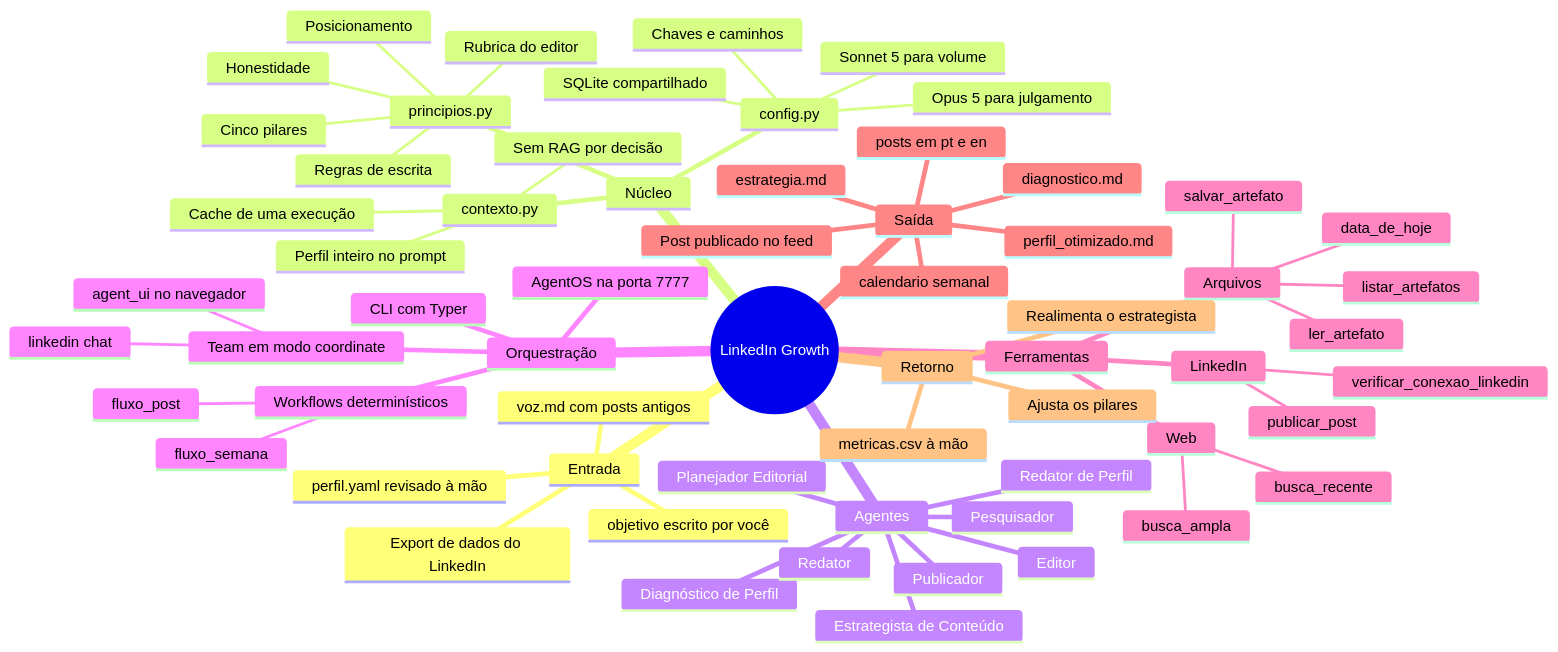
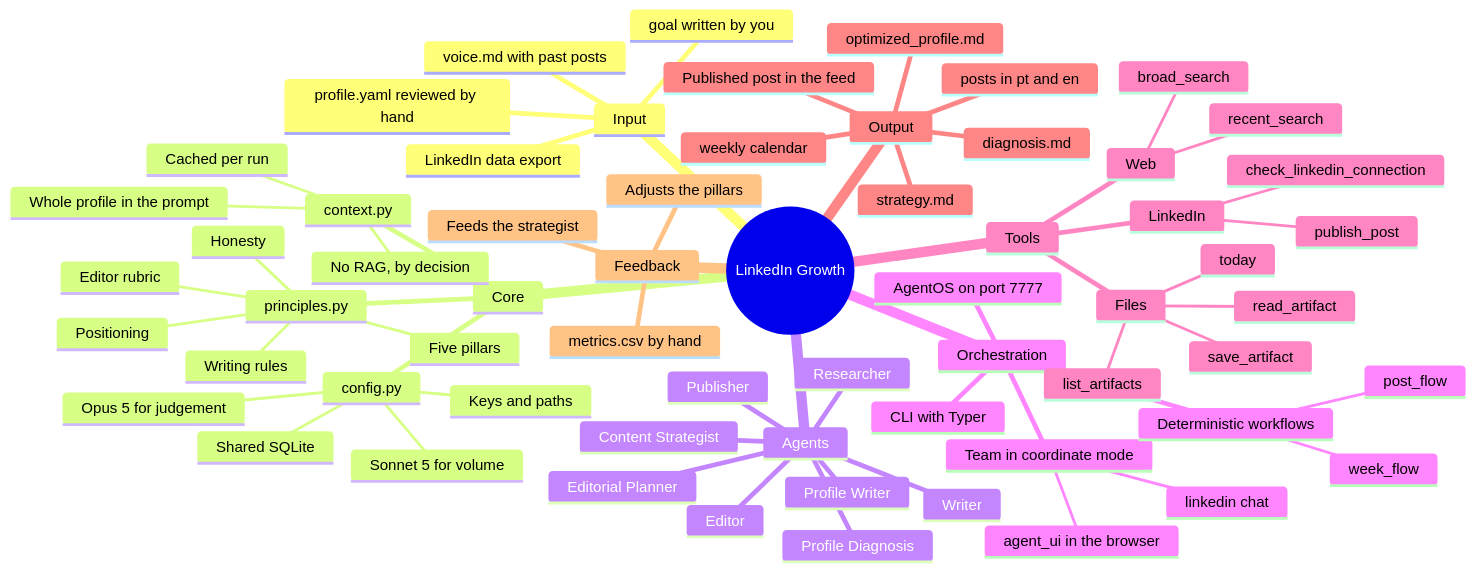
Before and after one commit to gabrantoniette/linkedin-growth-agents: the first of 5 diagrams in docs/mindmap.md, drawn with Mermaid. The commit also changed other lines of this file and 48 other files, not shown here.

First line of the commit message:
refactor: traduz o projeto inteiro para o inglês

````diff
--- a/docs/mindmap.md
+++ b/docs/mindmap.md
@@ -14,66 +14,66 @@
 ```mermaid
 mindmap
   root((LinkedIn Growth))
-    Entrada
-      Export de dados do LinkedIn
-      perfil.yaml revisado à mão
-      voz.md com posts antigos
-      objetivo escrito por você
-    Núcleo
-      principios.py
-        Honestidade
-        Posicionamento
-        Cinco pilares
-        Regras de escrita
-        Rubrica do editor
+    Input
+      LinkedIn data export
+      profile.yaml reviewed by hand
+      voice.md with past posts
+      goal written by you
+    Core
+      principles.py
+        Honesty
+        Positioning
+        Five pillars
+        Writing rules
+        Editor rubric
       config.py
-        Chaves e caminhos
-        Opus 5 para julgamento
-        Sonnet 5 para volume
-        SQLite compartilhado
-      contexto.py
-        Perfil inteiro no prompt
-        Sem RAG por decisão
-        Cache de uma execução
-    Agentes
-      Diagnóstico de Perfil
-      Redator de Perfil
-      Estrategista de Conteúdo
-      Pesquisador
-      Planejador Editorial
-      Redator
+        Keys and paths
+        Opus 5 for judgement
+        Sonnet 5 for volume
+        Shared SQLite
+      context.py
+        Whole profile in the prompt
+        No RAG, by decision
+        Cached per run
+    Agents
+      Profile Diagnosis
+      Profile Writer
+      Content Strategist
+      Researcher
+      Editorial Planner
+      Writer
       Editor
-      Publicador
-    Orquestração
-      Team em modo coordinate
+      Publisher
+    Orchestration
+      Team in coordinate mode
         linkedin chat
-        agent_ui no navegador
-      Workflows determinísticos
-        fluxo_post
-        fluxo_semana
-      CLI com Typer
-      AgentOS na porta 7777
-    Ferramentas
-      Arquivos
-        salvar_artefato
-        ler_artefato
-        listar_artefatos
-        data_de_hoje
+        agent_ui in the browser
+      Deterministic workflows
+        post_flow
+        week_flow
+      CLI with Typer
+      AgentOS on port 7777
+    Tools
+      Files
+        save_artifact
+        read_artifact
+        list_artifacts
+        today
       Web
-        busca_recente
-        busca_ampla
+        recent_search
+        broad_search
       LinkedIn
-        verificar_conexao_linkedin
-        publicar_post
-    Saída
-      diagnostico.md
-      perfil_otimizado.md
-      estrategia.md
-      calendario semanal
-      posts em pt e en
-      Post publicado no feed
-    Retorno
-      metricas.csv à mão
-      Realimenta o estrategista
-      Ajusta os pilares
+        check_linkedin_connection
+        publish_post
+    Output
+      diagnosis.md
+      optimized_profile.md
+      strategy.md
+      weekly calendar
+      posts in pt and en
+      Published post in the feed
+    Feedback
+      metrics.csv by hand
+      Feeds the strategist
+      Adjusts the pillars
 ```
````
